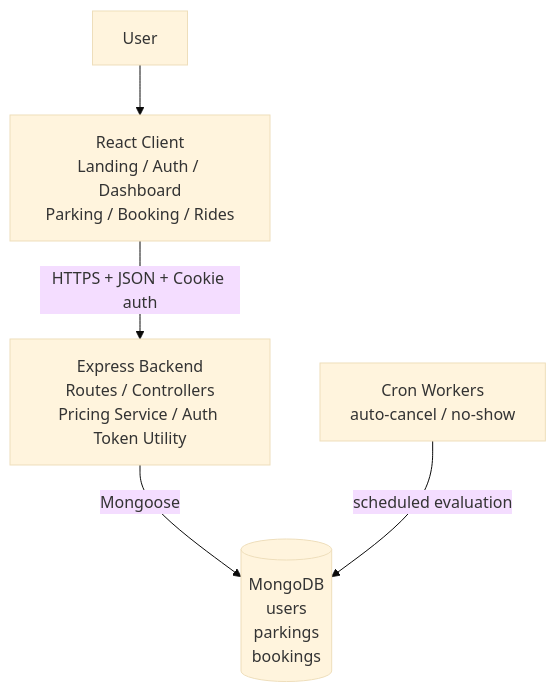
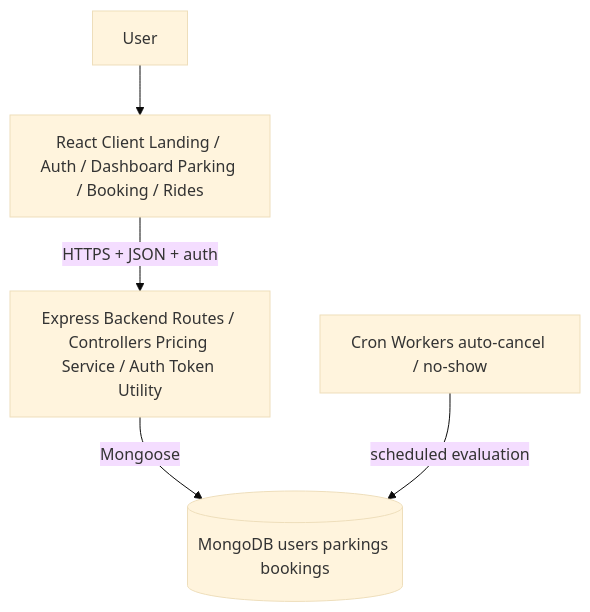
Before and after one commit to Sparsh0508/Park-And-Ride: the first of 12 diagrams in README.md, drawn with Mermaid (base theme). The commit also changed other lines of this file, not shown here.

````diff
--- a/README.md
+++ b/README.md
@@ -66,13 +66,13 @@
 ```mermaid
 flowchart TD
     U[User]
-    C[React Client\nLanding / Auth / Dashboard\nParking / Booking / Rides]
-    B[Express Backend\nRoutes / Controllers\nPricing Service / Auth Token Utility]
-    D[(MongoDB\nusers\nparkings\nbookings)]
-    W[Cron Workers\nauto-cancel / no-show]
+    C[React Client Landing / Auth / Dashboard Parking / Booking / Rides]
+    B[Express Backend Routes / Controllers Pricing Service / Auth Token Utility]
+    D[(MongoDB users parkings bookings)]
+    W[Cron Workers auto-cancel / no-show]
 
     U --> C
-    C -->|HTTPS + JSON + Cookie auth| B
+    C -->|HTTPS + JSON + auth| B
     B -->|Mongoose| D
     W -->|scheduled evaluation| D
 ```
````
